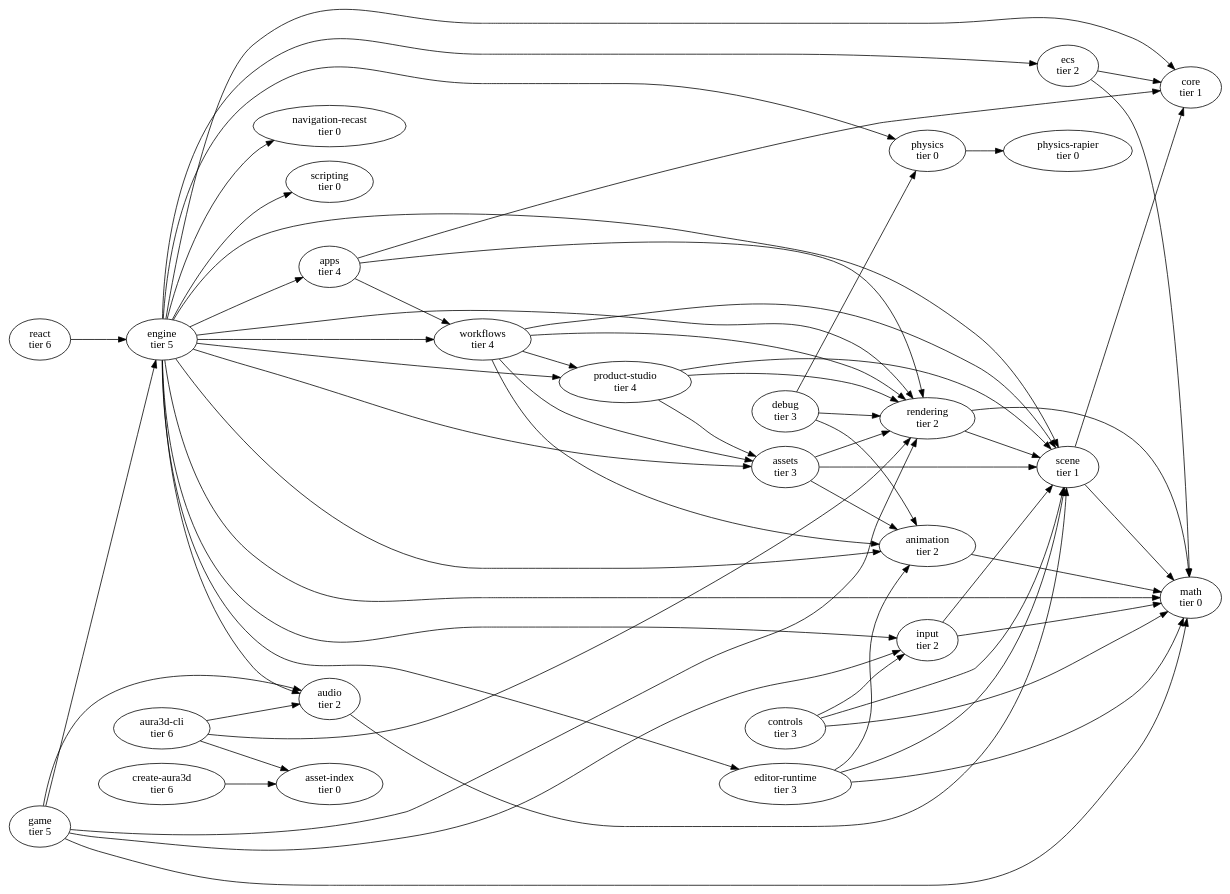
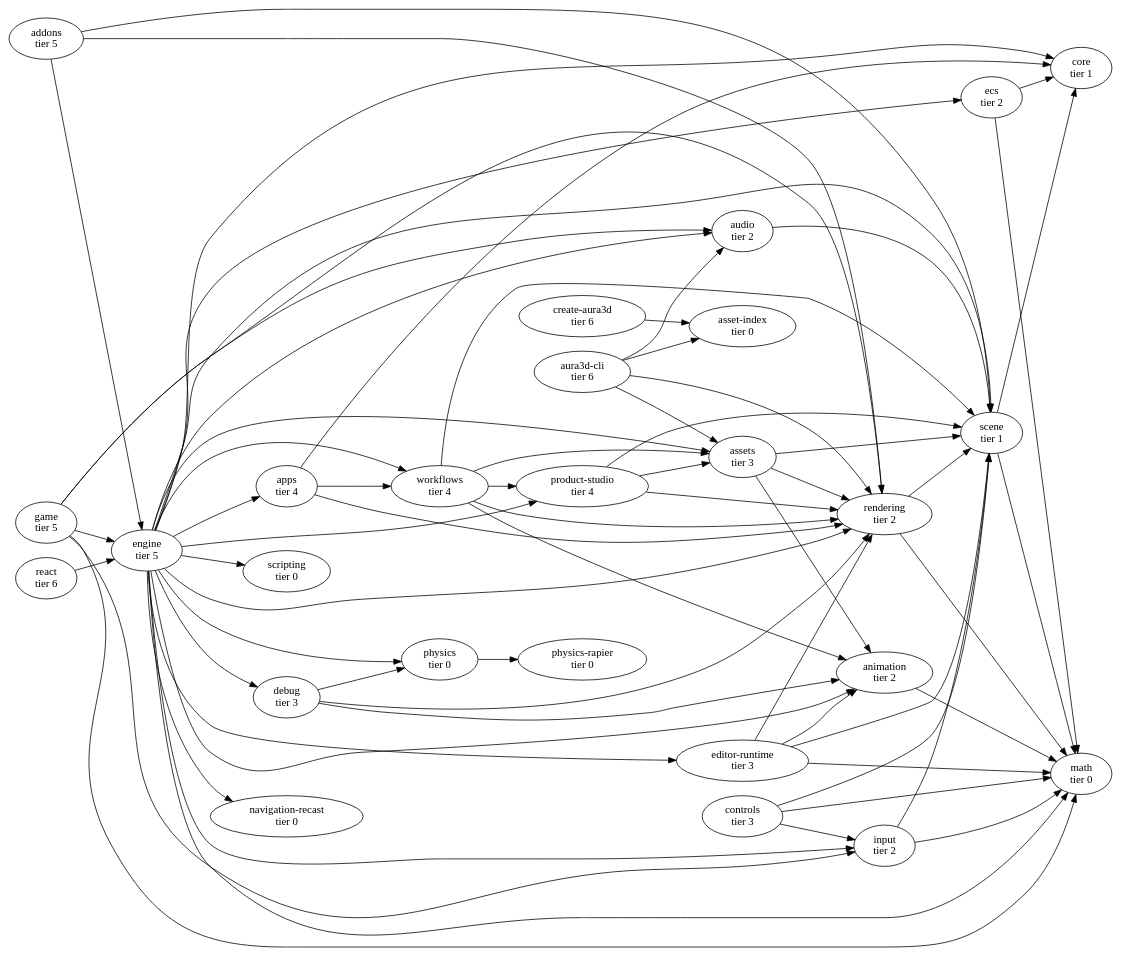
One commit to auraoneai/aura3d changed the diagram in docs/architecture/package-graph.dot. Above: the diagram before and after it, drawn with Graphviz. The commit also changed 238 other files, not shown here.

```diff
--- a/docs/architecture/package-graph.dot
+++ b/docs/architecture/package-graph.dot
@@ -1,88 +1,95 @@
 digraph aura3d {
   rankdir=LR;
+  "addons" [label="addons\ntier 5"];
+  "addons" -> "engine";
+  "addons" -> "rendering";
+  "addons" -> "scene";
   "animation" [label="animation\ntier 2"];
   "animation" -> "math";
   "apps" [label="apps\ntier 4"];
   "apps" -> "core";
   "apps" -> "rendering";
   "apps" -> "workflows";
   "asset-index" [label="asset-index\ntier 0"];
   "assets" [label="assets\ntier 3"];
   "assets" -> "animation";
   "assets" -> "rendering";
   "assets" -> "scene";
   "audio" [label="audio\ntier 2"];
   "audio" -> "scene";
   "aura3d-cli" [label="aura3d-cli\ntier 6"];
   "aura3d-cli" -> "asset-index";
+  "aura3d-cli" -> "assets";
   "aura3d-cli" -> "audio";
   "aura3d-cli" -> "rendering";
   "controls" [label="controls\ntier 3"];
   "controls" -> "input";
   "controls" -> "math";
   "controls" -> "scene";
   "core" [label="core\ntier 1"];
   "create-aura3d" [label="create-aura3d\ntier 6"];
   "create-aura3d" -> "asset-index";
   "debug" [label="debug\ntier 3"];
   "debug" -> "animation";
   "debug" -> "physics";
   "debug" -> "rendering";
   "ecs" [label="ecs\ntier 2"];
   "ecs" -> "core";
   "ecs" -> "math";
   "editor-runtime" [label="editor-runtime\ntier 3"];
   "editor-runtime" -> "animation";
   "editor-runtime" -> "math";
+  "editor-runtime" -> "rendering";
   "editor-runtime" -> "scene";
   "engine" [label="engine\ntier 5"];
   "engine" -> "animation";
   "engine" -> "apps";
   "engine" -> "assets";
   "engine" -> "audio";
   "engine" -> "core";
+  "engine" -> "debug";
   "engine" -> "ecs";
   "engine" -> "editor-runtime";
   "engine" -> "input";
   "engine" -> "math";
   "engine" -> "navigation-recast";
   "engine" -> "physics";
   "engine" -> "product-studio";
   "engine" -> "rendering";
   "engine" -> "scene";
   "engine" -> "scripting";
   "engine" -> "workflows";
   "game" [label="game\ntier 5"];
   "game" -> "audio";
   "game" -> "engine";
   "game" -> "input";
   "game" -> "math";
   "game" -> "rendering";
   "input" [label="input\ntier 2"];
   "input" -> "math";
   "input" -> "scene";
   "math" [label="math\ntier 0"];
   "navigation-recast" [label="navigation-recast\ntier 0"];
   "physics" [label="physics\ntier 0"];
   "physics" -> "physics-rapier";
   "physics-rapier" [label="physics-rapier\ntier 0"];
   "product-studio" [label="product-studio\ntier 4"];
   "product-studio" -> "assets";
   "product-studio" -> "rendering";
   "product-studio" -> "scene";
   "react" [label="react\ntier 6"];
   "react" -> "engine";
   "rendering" [label="rendering\ntier 2"];
   "rendering" -> "math";
   "rendering" -> "scene";
   "scene" [label="scene\ntier 1"];
   "scene" -> "core";
   "scene" -> "math";
   "scripting" [label="scripting\ntier 0"];
   "workflows" [label="workflows\ntier 4"];
   "workflows" -> "animation";
   "workflows" -> "assets";
   "workflows" -> "product-studio";
   "workflows" -> "rendering";
   "workflows" -> "scene";
 }
```
